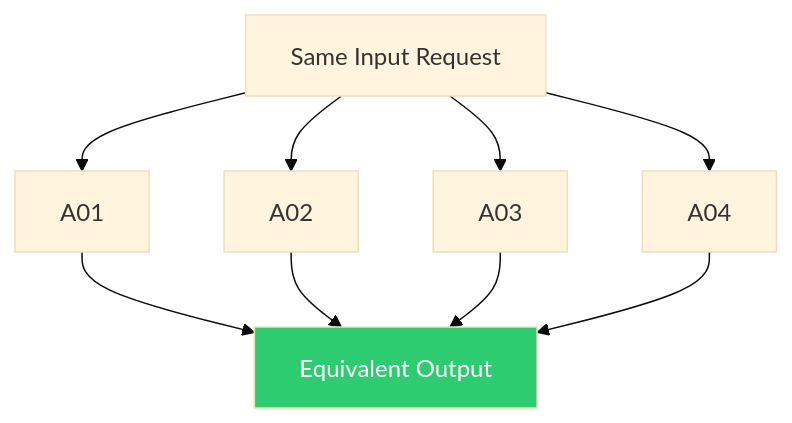
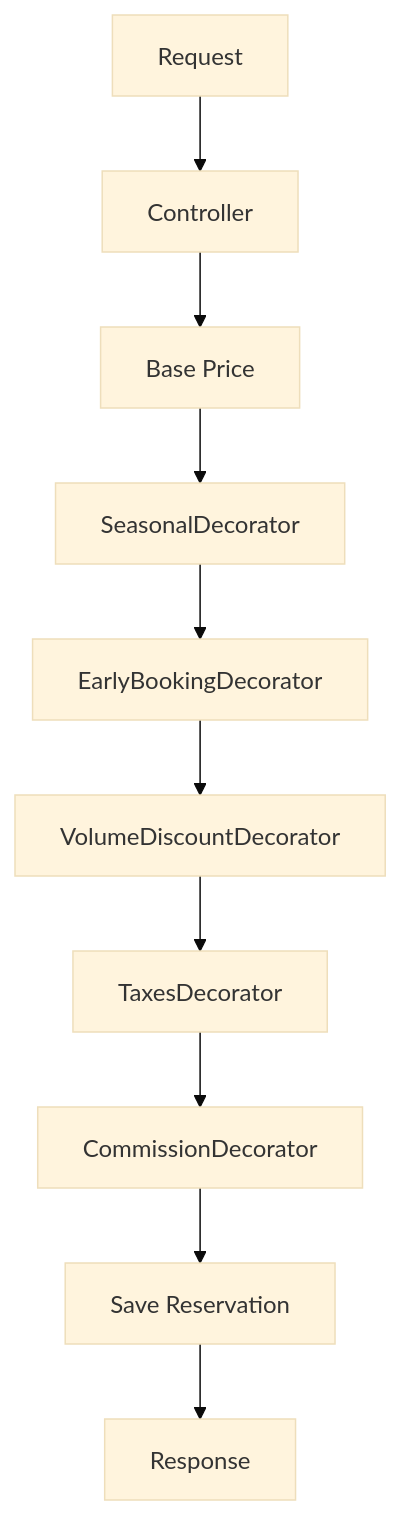
The sixth of 6 diagrams in README.md (MMoza/reservations), drawn with Mermaid (base theme) before and after one commit. The commit also changed other lines of this file, not shown here.

Commit message:
add diagram per architecture workflow

````diff
--- a/README.md
+++ b/README.md
@@ -481,17 +504,17 @@
 ```mermaid
 flowchart TD
 
-    INPUT[Same Input Request]
+    A[Request] --> C[Controller]
 
-    INPUT --> A01[A01]
-    INPUT --> A02[A02]
-    INPUT --> A03[A03]
-    INPUT --> A04[A04]
+    C --> B[Base Price]
 
-    A01 --> OUT[Equivalent Output]
-    A02 --> OUT
-    A03 --> OUT
-    A04 --> OUT
+    B --> D1[SeasonalDecorator]
+    D1 --> D2[EarlyBookingDecorator]
+    D2 --> D3[VolumeDiscountDecorator]
+    D3 --> D4[TaxesDecorator]
+    D4 --> D5[CommissionDecorator]
 
-    style OUT fill:#2ecc71,color:#fff
+    D5 --> SAVE[Save Reservation]
+
+    SAVE --> R[Response]
 ```
````
